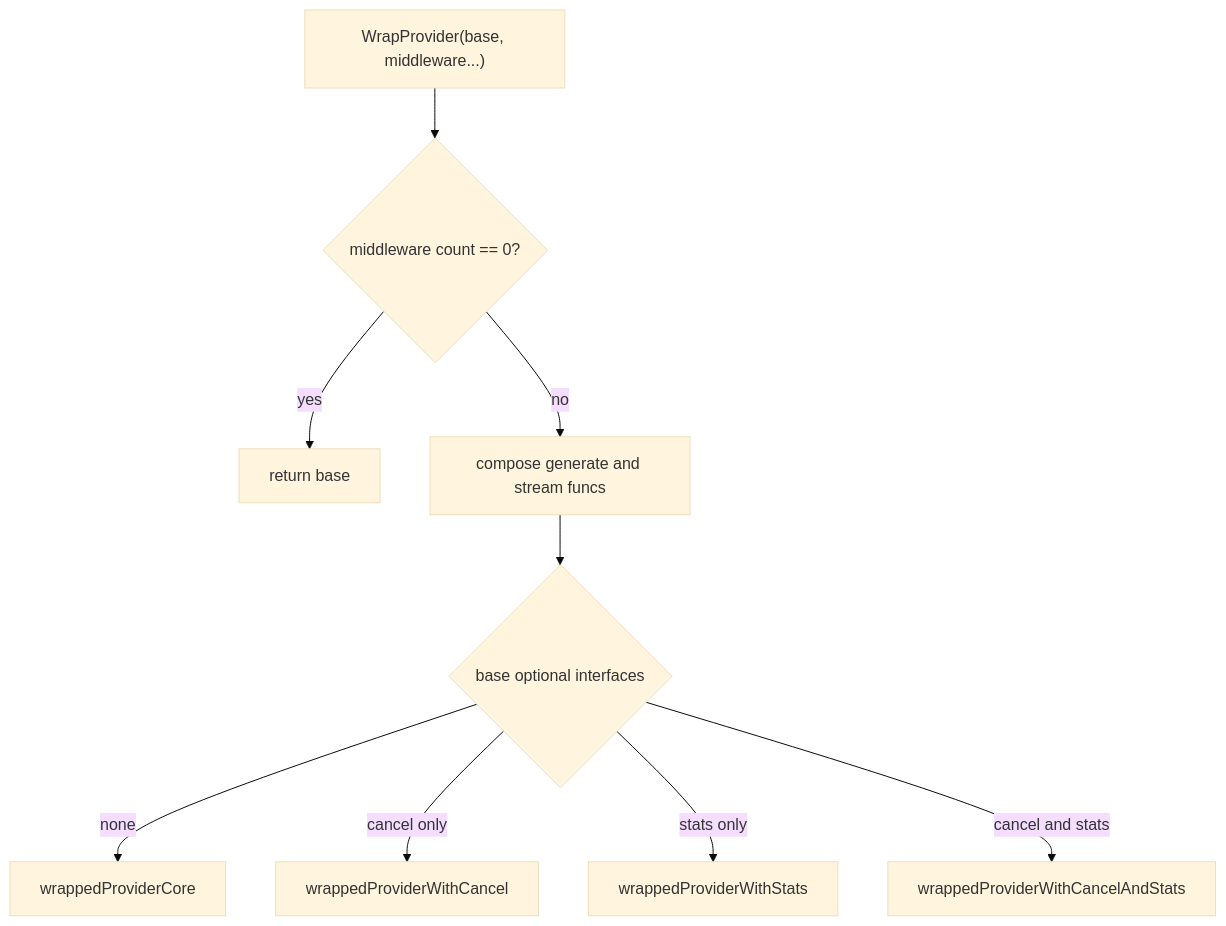
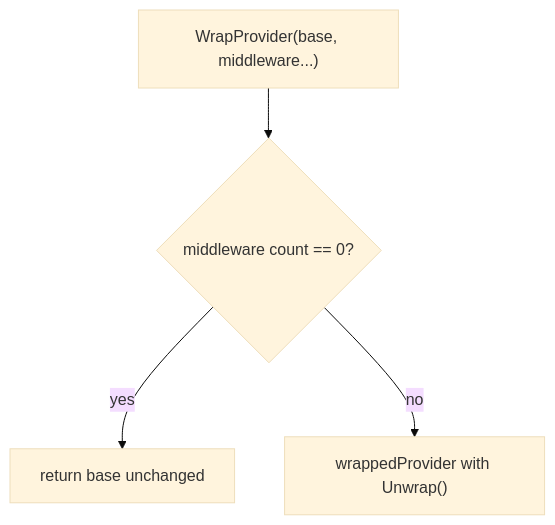
Before and after one commit to haowjy/meridian-flow: the second of 2 diagrams in .meridian/work/v1-launch/features/middleware/provider-middleware.md, drawn with Mermaid (base theme). The commit also changed other lines of this file and 9 other files, not shown here.

````diff
--- a/.meridian/work/v1-launch/features/middleware/provider-middleware.md
+++ b/.meridian/work/v1-launch/features/middleware/provider-middleware.md
@@ -118,11 +120,6 @@
 ```mermaid
 flowchart TD
   A["WrapProvider(base, middleware...)"] --> B{"middleware count == 0?"}
-  B -->|yes| C["return base"]
-  B -->|no| D["compose generate and stream funcs"]
-  D --> E{"base optional interfaces"}
-  E -->|none| F["wrappedProviderCore"]
-  E -->|cancel only| G["wrappedProviderWithCancel"]
-  E -->|stats only| H["wrappedProviderWithStats"]
-  E -->|cancel and stats| I["wrappedProviderWithCancelAndStats"]
+  B -->|yes| C["return base unchanged"]
+  B -->|no| D["wrappedProvider with Unwrap()"]
 ```
````
